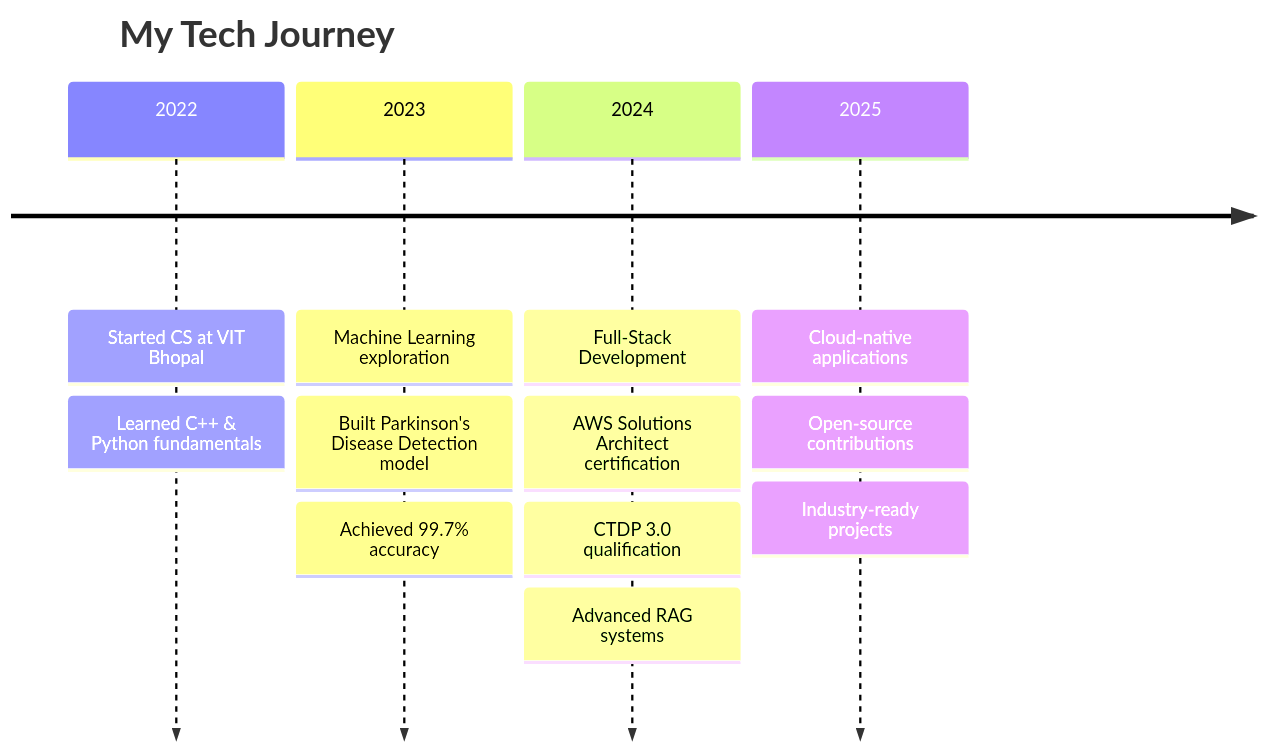
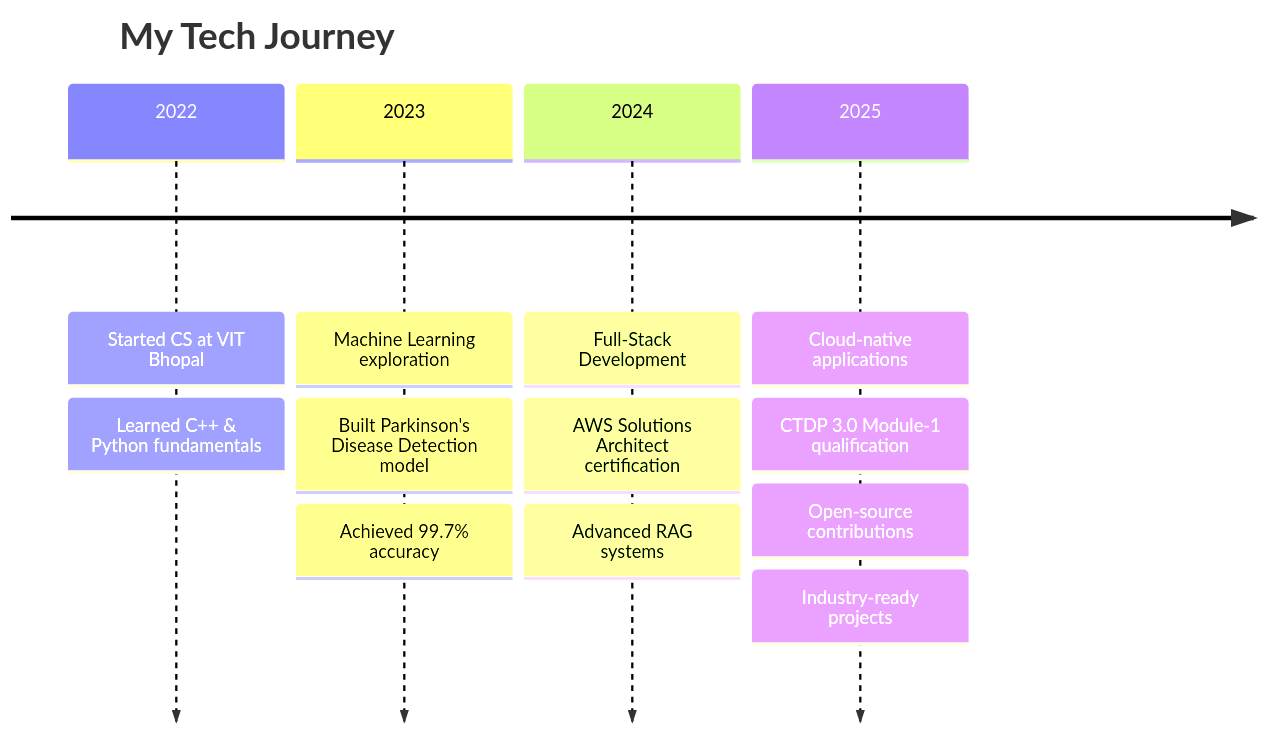
Before and after one commit to Rajvardhan00/Rajvardhan00: the second of 2 diagrams in README.md, drawn with Mermaid. The commit also changed other lines of this file, not shown here.

````diff
--- a/README.md
+++ b/README.md
@@ -198,16 +190,16 @@
 ```mermaid
 timeline
     title My Tech Journey
     2022 : Started CS at VIT Bhopal
          : Learned C++ & Python fundamentals
     2023 : Machine Learning exploration
          : Built Parkinson's Disease Detection model
          : Achieved 99.7% accuracy
     2024 : Full-Stack Development
          : AWS Solutions Architect certification
-         : CTDP 3.0 qualification
          : Advanced RAG systems
     2025 : Cloud-native applications
+         : CTDP 3.0 Module-1 qualification
          : Open-source contributions
          : Industry-ready projects
 ```
````
